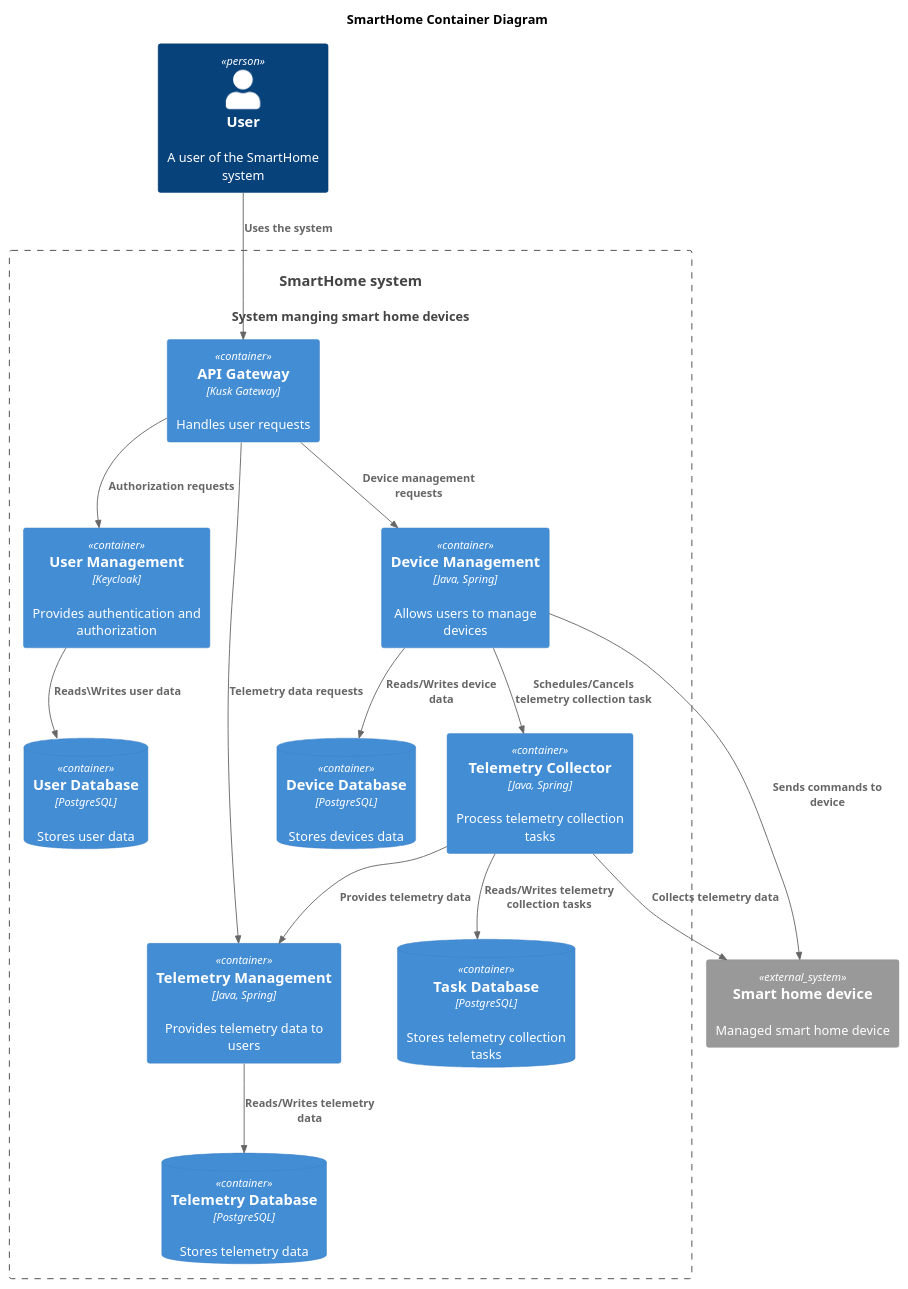
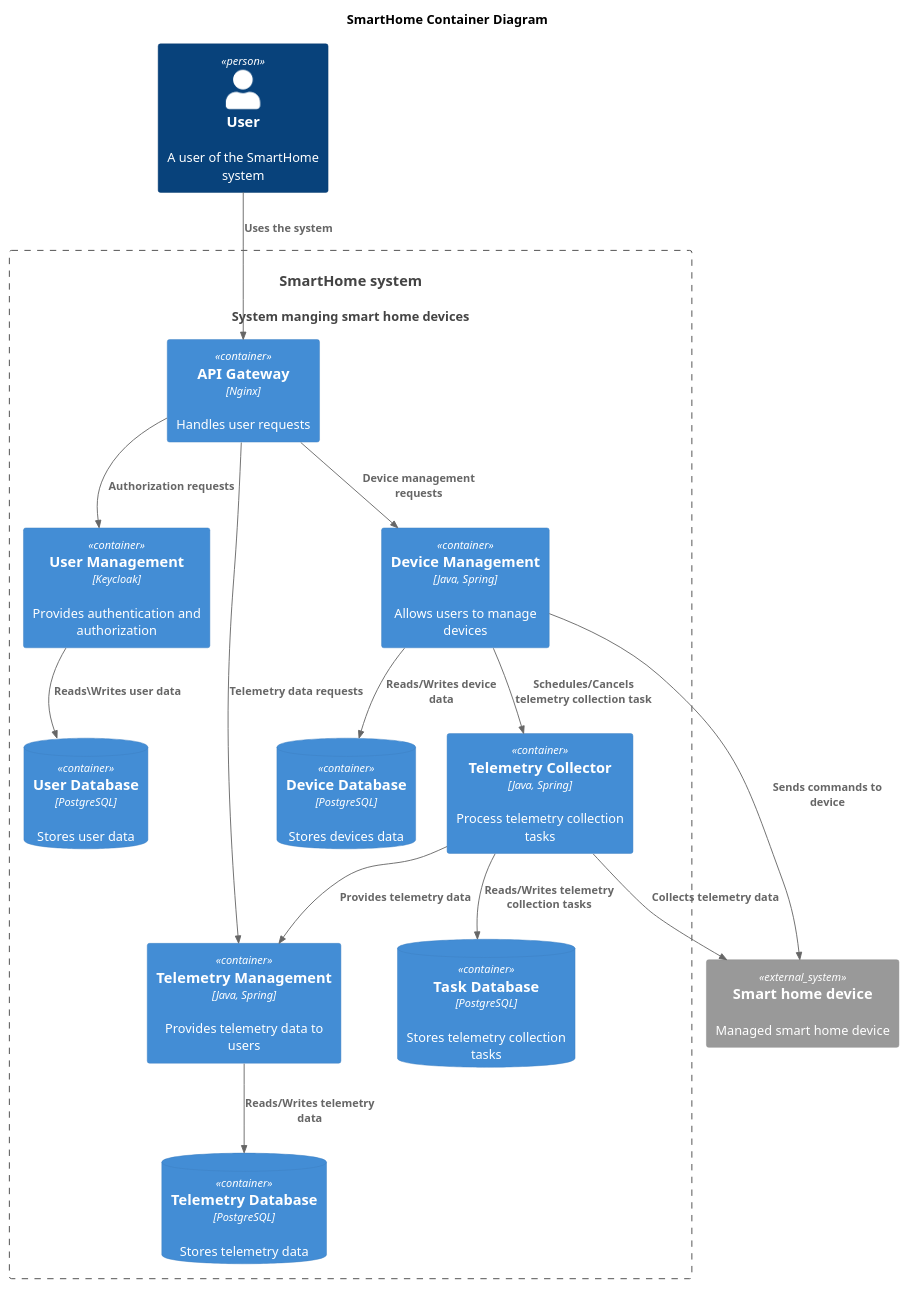
The diagram in docs/diagrams/container/SmartHome-Container.puml (IlyaOrlov/architecture-sprint-3), drawn with PlantUML before and after one commit. The commit also changed 2 other files, not shown here.

```diff
--- a/docs/diagrams/container/SmartHome-Container.puml
+++ b/docs/diagrams/container/SmartHome-Container.puml
@@ -1,38 +1,38 @@
 @startuml
 title SmartHome Container Diagram
 
 !includeurl https://raw.githubusercontent.com/RicardoNiepel/C4-PlantUML/master/C4_Container.puml
 
 top to bottom direction
 
 Person(user, "User", "A user of the SmartHome system")
 System(SmartHome, "SmartHome system", "System manging smart home devices")
 
 Container_Boundary(SmartHome, "SmartHome system") {
-  Container(ApiGateway, "API Gateway", "Kusk Gateway", "Handles user requests")
+  Container(ApiGateway, "API Gateway", "Nginx", "Handles user requests")
   Container(UserManagement, "User Management", "Keycloak", "Provides authentication and authorization")
   Container(DeviceManagement, "Device Management", "Java, Spring", "Allows users to manage devices")
   Container(TelemetryCollector, "Telemetry Collector", "Java, Spring", "Process telemetry collection tasks")
   Container(TelemetryManagement, "Telemetry Management", "Java, Spring", "Provides telemetry data to users")
   ContainerDb(UserDatabase, "User Database", "PostgreSQL", "Stores user data")
   ContainerDb(DeviceDatabase, "Device Database", "PostgreSQL", "Stores devices data")
   ContainerDb(TaskDatabase, "Task Database", "PostgreSQL", "Stores telemetry collection tasks")
   ContainerDb(TelemetryDatabase, "Telemetry Database", "PostgreSQL", "Stores telemetry data")
 }
 
 System_Ext(device, "Smart home device", "Managed smart home device")
 
 Rel(user, ApiGateway, "Uses the system")
 Rel(ApiGateway, UserManagement, "Authorization requests")
 Rel(ApiGateway, DeviceManagement, "Device management requests")
 Rel(ApiGateway, TelemetryManagement, "Telemetry data requests")
 Rel(UserManagement, UserDatabase, "Reads\Writes user data")
 Rel(DeviceManagement, DeviceDatabase, "Reads/Writes device data")
 Rel(DeviceManagement, TelemetryCollector, "Schedules/Cancels telemetry collection task")
 Rel(TelemetryCollector, TaskDatabase, "Reads/Writes telemetry collection tasks")
 Rel(TelemetryCollector, device, "Collects telemetry data")
 Rel(TelemetryCollector, TelemetryManagement, "Provides telemetry data")
 Rel(TelemetryManagement, TelemetryDatabase, "Reads/Writes telemetry data")
 Rel(DeviceManagement, device, "Sends commands to device")
 
 @enduml
```
